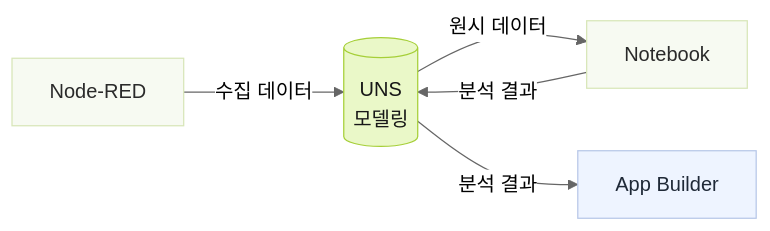
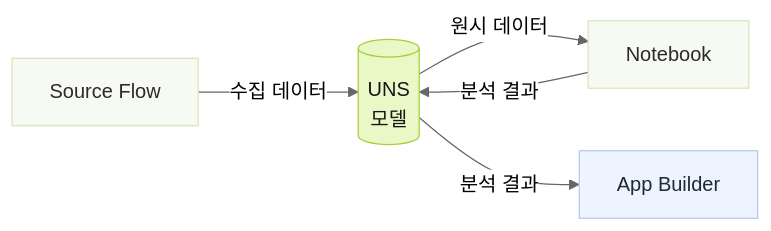
The diagram in src/content/docs/ko/best-practice/analytics-apps.mdx (FREEZONEX/Tier0-docs-site), drawn with Mermaid (neutral theme) before and after one commit. The commit also changed other lines of this file and 93 other files, not shown here.

````diff
--- a/src/content/docs/ko/best-practice/analytics-apps.mdx
+++ b/src/content/docs/ko/best-practice/analytics-apps.mdx
@@ -12,14 +12,14 @@
 ```mermaid
 flowchart LR
-  collect["Node-RED"] -->|"수집 데이터"| uns[("UNS<br/>모델링")]
+  collect["Source Flow"] -->|"수집 데이터"| uns[("UNS<br/>모델")]
   uns -->|"원시 데이터"| notebook["Notebook"]
   notebook -->|"분석 결과"| uns
   uns -->|"분석 결과"| builder["App Builder"]
 
   classDef t0accent fill:#EAF8C8,stroke:#A6CF38,stroke-width:1px,color:#171717
   classDef t0soft fill:#F7FAF2,stroke:#D8E6B8,stroke-width:1px,color:#2A2A2A
   classDef t0agent fill:#EEF4FF,stroke:#B7C7E8,stroke-width:1px,color:#1F2937
   class uns t0accent
   class collect,notebook t0soft
   class builder t0agent
 ```
````
